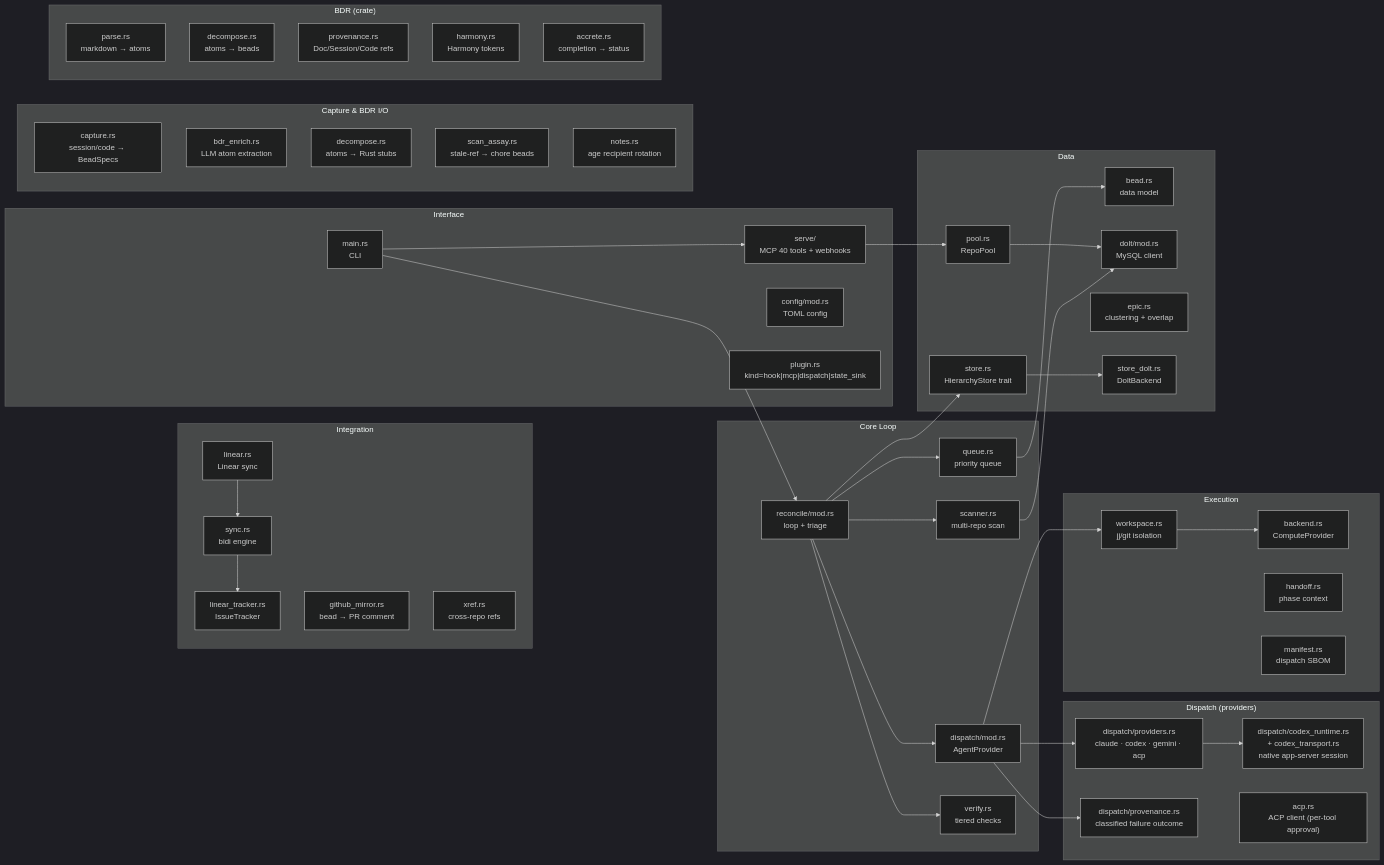
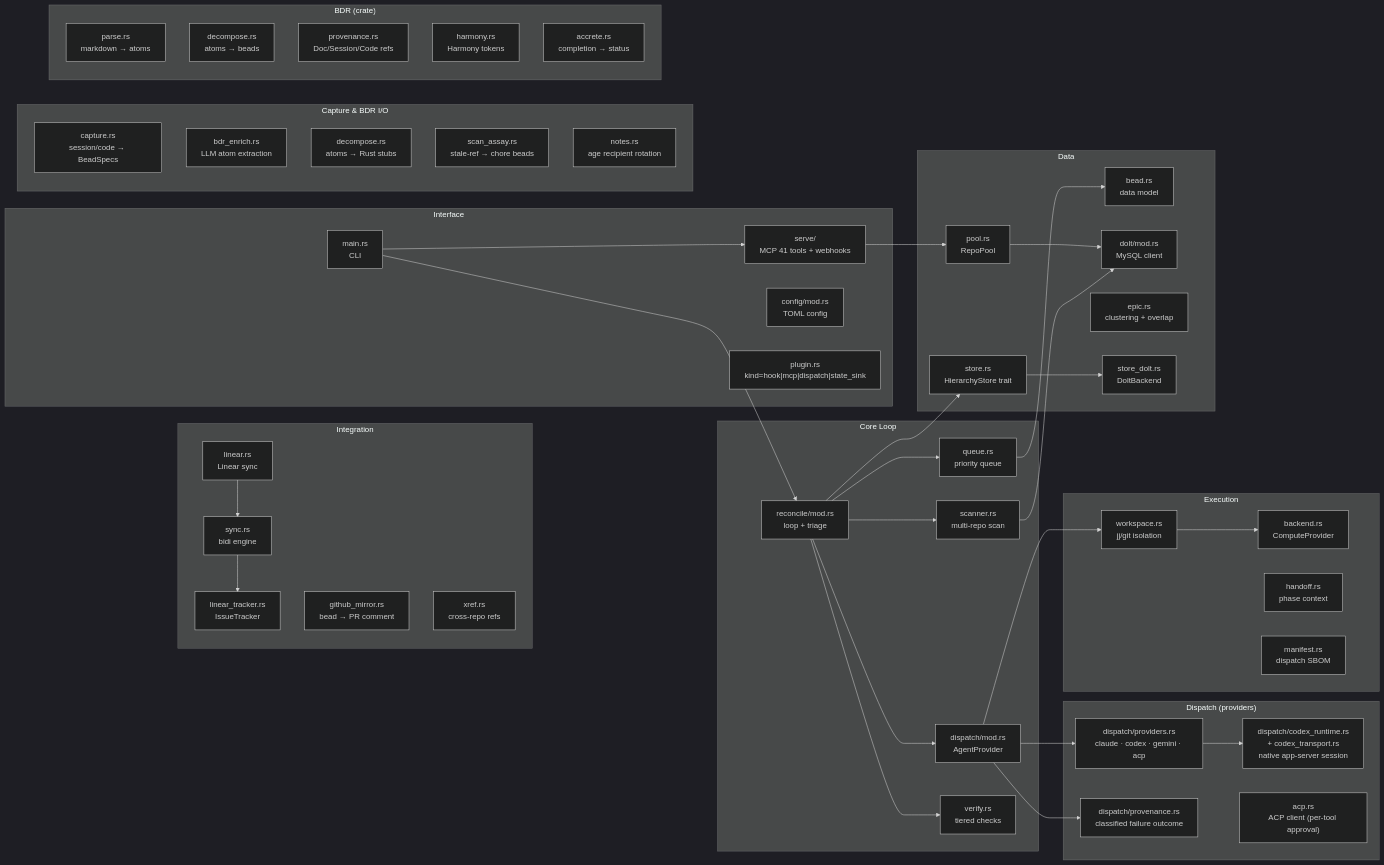
The sixth of 8 diagrams in docs/ARCHITECTURE.md (agentic-research/rosary), drawn with Mermaid (dark theme) before and after one commit. The commit also changed other lines of this file and 7 other files, not shown here.

````diff
--- a/docs/ARCHITECTURE.md
+++ b/docs/ARCHITECTURE.md
@@ -147,75 +147,75 @@
 ```mermaid
 graph LR
     subgraph "Core Loop"
         reconcile["reconcile/mod.rs<br/>loop + triage"]
         scanner["scanner.rs<br/>multi-repo scan"]
         queue["queue.rs<br/>priority queue"]
         dispatch["dispatch/mod.rs<br/>AgentProvider"]
         verify["verify.rs<br/>tiered checks"]
     end
 
     subgraph "Execution"
         workspace["workspace.rs<br/>jj/git isolation"]
         backend["backend.rs<br/>ComputeProvider"]
         handoff["handoff.rs<br/>phase context"]
         manifest["manifest.rs<br/>dispatch SBOM"]
     end
 
     subgraph "Dispatch (providers)"
         providers["dispatch/providers.rs<br/>claude · codex · gemini · acp"]
         codex_rt["dispatch/codex_runtime.rs<br/>+ codex_transport.rs<br/>native app-server session"]
         prov_d["dispatch/provenance.rs<br/>classified failure outcome"]
         acp_m["acp.rs<br/>ACP client (per-tool approval)"]
     end
 
     subgraph "Data"
         bead["bead.rs<br/>data model"]
         dolt["dolt/mod.rs<br/>MySQL client"]
         pool["pool.rs<br/>RepoPool"]
         epic["epic.rs<br/>clustering + overlap"]
         store["store.rs<br/>HierarchyStore trait"]
         store_dolt["store_dolt.rs<br/>DoltBackend"]
     end
 
     subgraph "Integration"
         linear["linear.rs<br/>Linear sync"]
         linear_tracker["linear_tracker.rs<br/>IssueTracker"]
         github_mirror["github_mirror.rs<br/>bead → PR comment"]
         sync["sync.rs<br/>bidi engine"]
         xref["xref.rs<br/>cross-repo refs"]
     end
 
     subgraph "Interface"
         main["main.rs<br/>CLI"]
-        serve["serve/<br/>MCP 40 tools + webhooks"]
+        serve["serve/<br/>MCP 41 tools + webhooks"]
         config["config/mod.rs<br/>TOML config"]
         plugin["plugin.rs<br/>kind=hook|mcp|dispatch|state_sink"]
     end
 
     subgraph "Capture & BDR I/O"
         capture["capture.rs<br/>session/code → BeadSpecs"]
         bdr_enrich["bdr_enrich.rs<br/>LLM atom extraction"]
         decompose["decompose.rs<br/>atoms → Rust stubs"]
         scan_assay["scan_assay.rs<br/>stale-ref → chore beads"]
         notes["notes.rs<br/>age recipient rotation"]
     end
 
     subgraph "BDR (crate)"
         bdr_parse["parse.rs<br/>markdown → atoms"]
         bdr_decompose["decompose.rs<br/>atoms → beads"]
         bdr_provenance["provenance.rs<br/>Doc/Session/Code refs"]
         bdr_harmony["harmony.rs<br/>Harmony tokens"]
         bdr_accrete["accrete.rs<br/>completion → status"]
     end
 
     reconcile --> scanner --> dolt
     reconcile --> queue --> bead
     reconcile --> dispatch --> workspace --> backend
     dispatch --> providers --> codex_rt
     dispatch --> prov_d
     reconcile --> verify
     reconcile --> store --> store_dolt
     serve --> pool --> dolt
     linear --> sync --> linear_tracker
     main --> reconcile & serve
 ```
````
